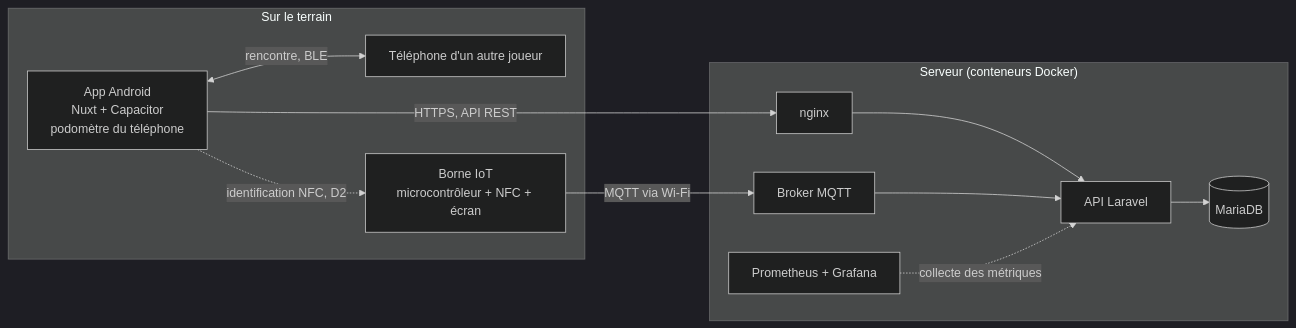
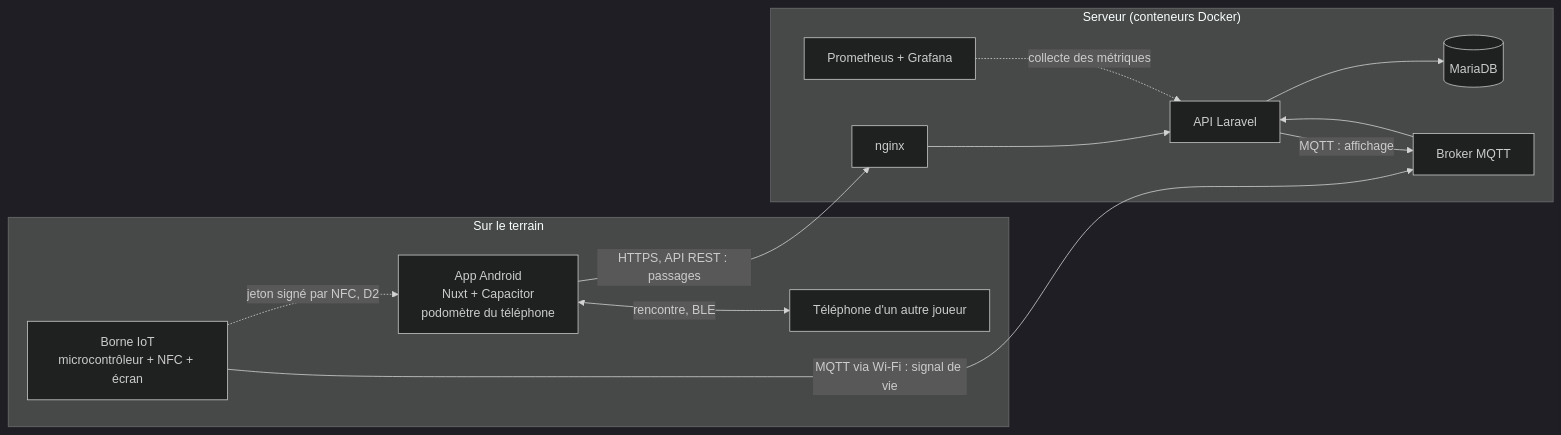
The first of 2 diagrams in docs/cahier-des-charges.md (Scubatana/scubanion), drawn with Mermaid (dark theme) before and after one commit. The commit also changed other lines of this file and 2 other files, not shown here.

First line of the commit message:
docs: décrire le jeton des bornes et mettre le cahier des charges à jour

````diff
--- a/docs/cahier-des-charges.md
+++ b/docs/cahier-des-charges.md
@@ -110,20 +110,21 @@
 ```mermaid
 flowchart LR
   subgraph terrain["Sur le terrain"]
     APP["App Android<br/>Nuxt + Capacitor<br/>podomètre du téléphone"]
     APP2["Téléphone d'un autre joueur"]
     BORNE["Borne IoT<br/>microcontrôleur + NFC + écran"]
   end
   subgraph serveur["Serveur (conteneurs Docker)"]
     NGINX["nginx"]
     API["API Laravel"]
     DB[("MariaDB")]
     BROKER["Broker MQTT"]
     MON["Prometheus + Grafana"]
   end
   APP <-->|rencontre, BLE| APP2
-  APP -.->|identification NFC, D2| BORNE
-  APP -->|HTTPS, API REST| NGINX --> API --> DB
-  BORNE -->|MQTT via Wi-Fi| BROKER --> API
+  BORNE -.->|jeton signé par NFC, D2| APP
+  APP -->|HTTPS, API REST : passages| NGINX --> API --> DB
+  BORNE -->|MQTT via Wi-Fi : signal de vie| BROKER --> API
+  API -->|MQTT : affichage| BROKER
   MON -.->|collecte des métriques| API
 ```
````
